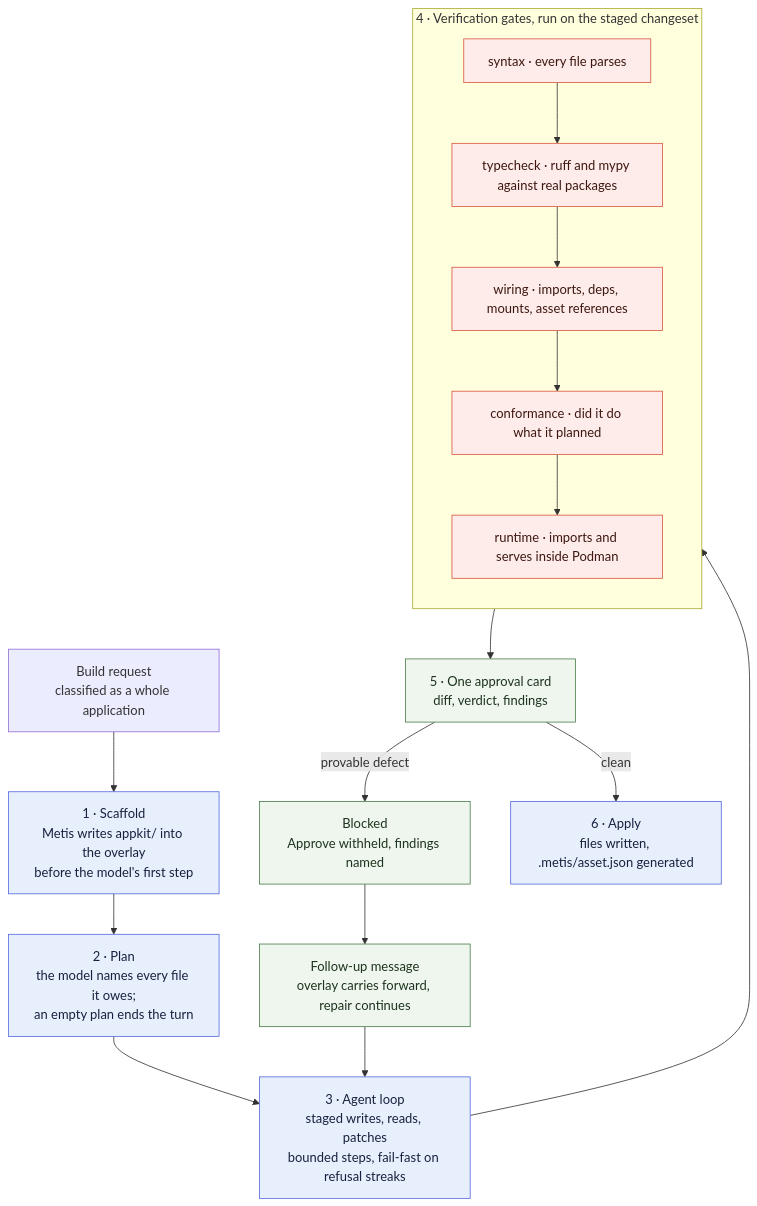
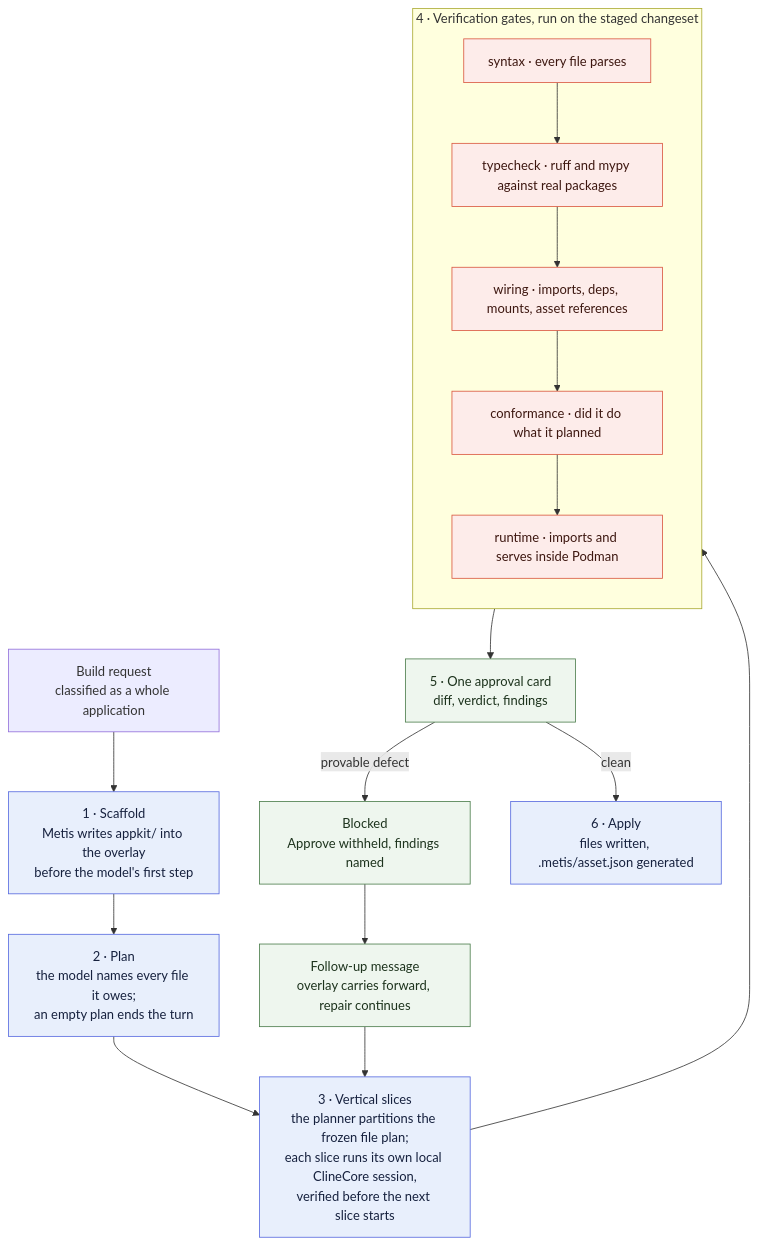
One commit to aliottoman/metis changed the third of 3 diagrams in README.md. Above: the diagram before and after it, drawn with Mermaid. The commit also changed other lines of this file and 269 other files, not shown here.

First line of the commit message:
feat: add direct ClineCore project-building runtime

````diff
--- a/README.md
+++ b/README.md
@@ -292,34 +298,34 @@
 ```mermaid
 graph TD
     REQ["Build request<br/>classified as a whole application"]
     SCAF["1 · Scaffold<br/>Metis writes appkit/ into the overlay<br/>before the model's first step"]
     PLAN["2 · Plan<br/>the model names every file it owes;<br/>an empty plan ends the turn"]
-    LOOP["3 · Agent loop<br/>staged writes, reads, patches<br/>bounded steps, fail-fast on refusal streaks"]
+    SLICE["3 · Vertical slices<br/>the planner partitions the frozen file plan;<br/>each slice runs its own local ClineCore session,<br/>verified before the next slice starts"]
 
     subgraph gates["4 · Verification gates, run on the staged changeset"]
         direction TB
         G1["syntax · every file parses"]
         G2["typecheck · ruff and mypy against real packages"]
         G3["wiring · imports, deps, mounts, asset references"]
         G4["conformance · did it do what it planned"]
         G5["runtime · imports and serves inside Podman"]
         G1 --> G2 --> G3 --> G4 --> G5
     end
 
     CARD["5 · One approval card<br/>diff, verdict, findings"]
     BLOCK["Blocked<br/>Approve withheld, findings named"]
     APPLY["6 · Apply<br/>files written, .metis/asset.json generated"]
     REPAIR["Follow-up message<br/>overlay carries forward, repair continues"]
 
-    REQ --> SCAF --> PLAN --> LOOP --> gates --> CARD
+    REQ --> SCAF --> PLAN --> SLICE --> gates --> CARD
     CARD -->|provable defect| BLOCK
     CARD -->|clean| APPLY
-    BLOCK --> REPAIR --> LOOP
+    BLOCK --> REPAIR --> SLICE
 
     classDef host fill:#e8effc,stroke:#5669df,color:#16213e
     classDef gate fill:#fdecea,stroke:#d9573f,color:#3d1710
     classDef human fill:#eef6ee,stroke:#4a7c4a,color:#1d331d
-    class SCAF,PLAN,LOOP,APPLY host
+    class SCAF,PLAN,SLICE,APPLY host
     class G1,G2,G3,G4,G5 gate
     class CARD,BLOCK,REPAIR human
 ```
````
